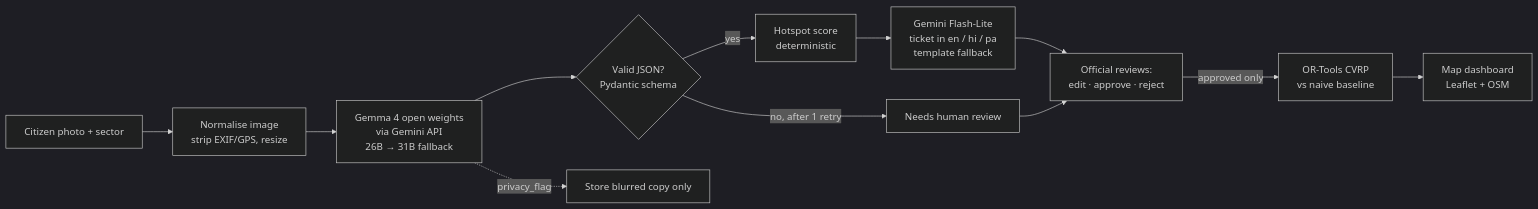
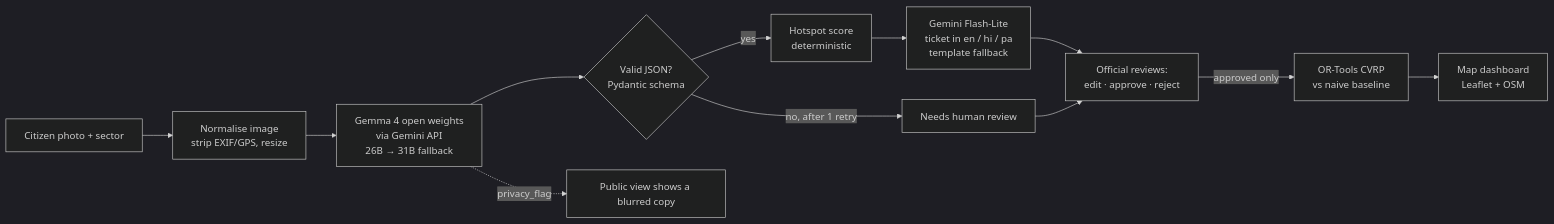
One commit to codebyneeraj/gdg-chandigarh changed the diagram in README.md. Above: the diagram before and after it, drawn with Mermaid (dark theme). The commit also changed other lines of this file and 37 other files, not shown here.

````diff
--- a/README.md
+++ b/README.md
@@ -31,14 +31,14 @@
 ```mermaid
 flowchart LR
   A[Citizen photo + sector] --> B[Normalise image<br/>strip EXIF/GPS, resize]
   B --> C[Gemma 4 open weights<br/>via Gemini API<br/>26B → 31B fallback]
   C --> D{Valid JSON?<br/>Pydantic schema}
   D -- no, after 1 retry --> H[Needs human review]
   D -- yes --> E[Hotspot score<br/>deterministic]
   E --> F[Gemini Flash-Lite<br/>ticket in en / hi / pa<br/>template fallback]
   F --> G[Official reviews:<br/>edit · approve · reject]
   H --> G
   G -- approved only --> R[OR-Tools CVRP<br/>vs naive baseline]
   R --> M[Map dashboard<br/>Leaflet + OSM]
-  C -. privacy_flag .-> P[Store blurred copy only]
+  C -. privacy_flag .-> P[Public view shows a blurred copy]
 ```
````
